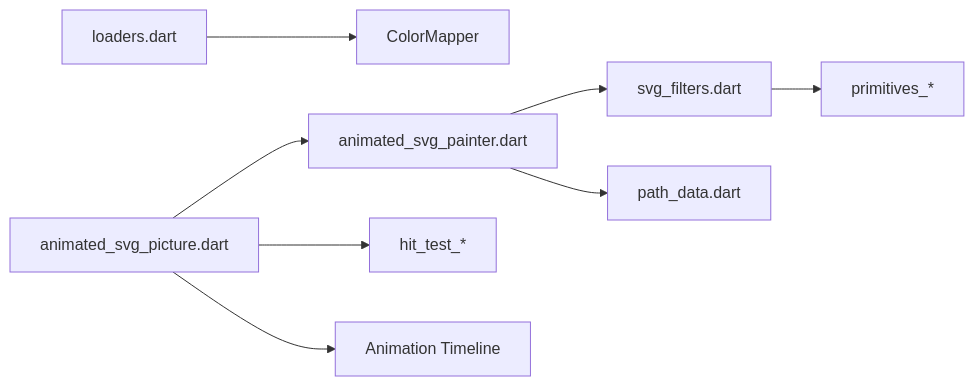
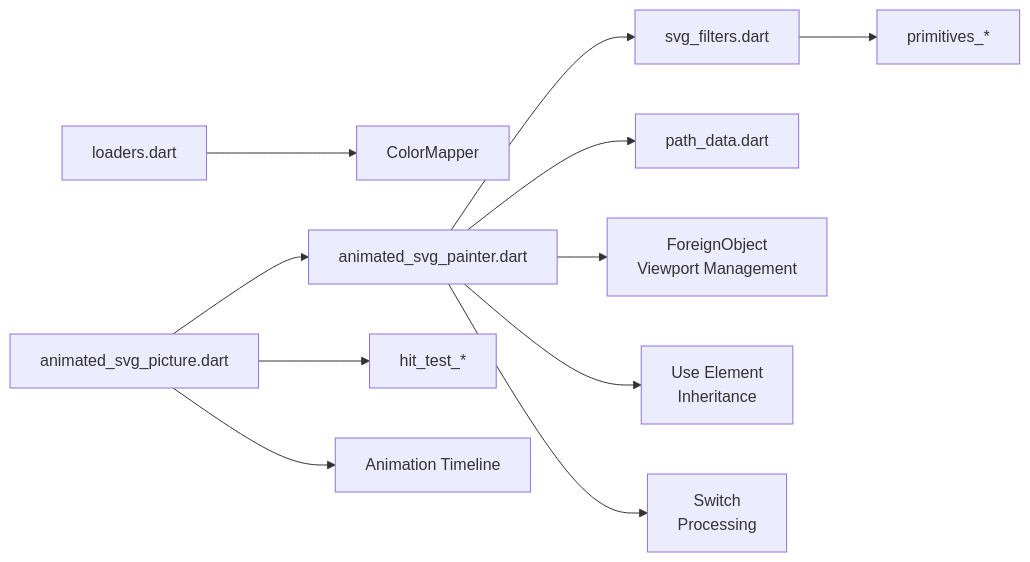
One commit to denisnadey/flutter_full_svg_support changed the ninth of 9 diagrams in .qoder/repowiki/en/content/Advanced Features/Advanced Features.md. Above: the diagram before and after it, drawn with Mermaid. The commit also changed other lines of this file and 40 other files, not shown here.

````diff
--- a/.qoder/repowiki/en/content/Advanced Features/Advanced Features.md
+++ b/.qoder/repowiki/en/content/Advanced Features/Advanced Features.md
@@ -349,10 +567,13 @@
 ```mermaid
 graph LR
 Loaders["loaders.dart"] --> ColorMapper["ColorMapper"]
 AP["animated_svg_picture.dart"] --> Painter["animated_svg_painter.dart"]
 Painter --> Filters["svg_filters.dart"]
 AP --> HitTest["hit_test_*"]
 AP --> Timeline["Animation Timeline"]
 Painter --> Paths["path_data.dart"]
 Filters --> Primitives["primitives_*"]
+Painter --> FO["ForeignObject<br/>Viewport Management"]
+Painter --> Use["Use Element<br/>Inheritance"]
+Painter --> Switch["Switch<br/>Processing"]
 ```
````
